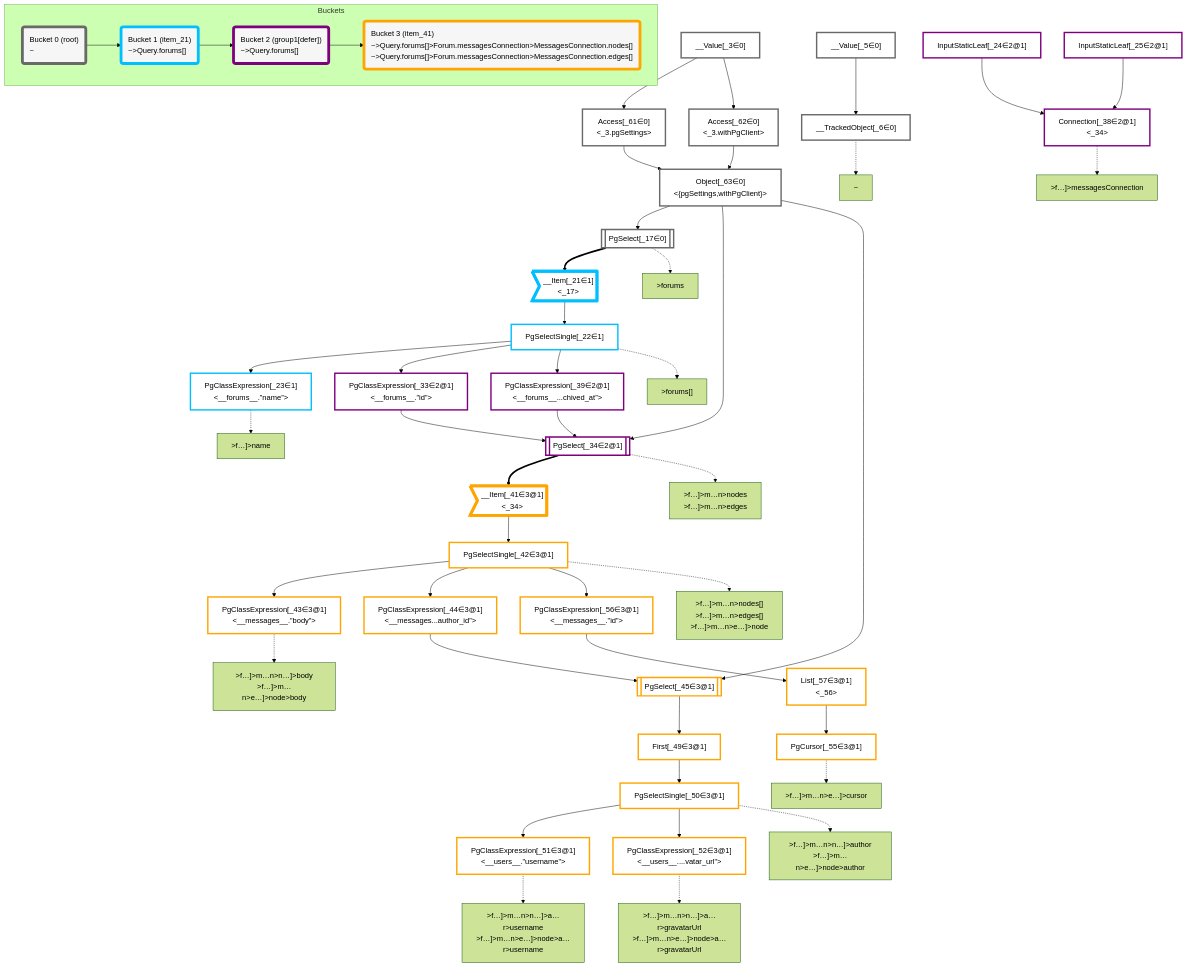
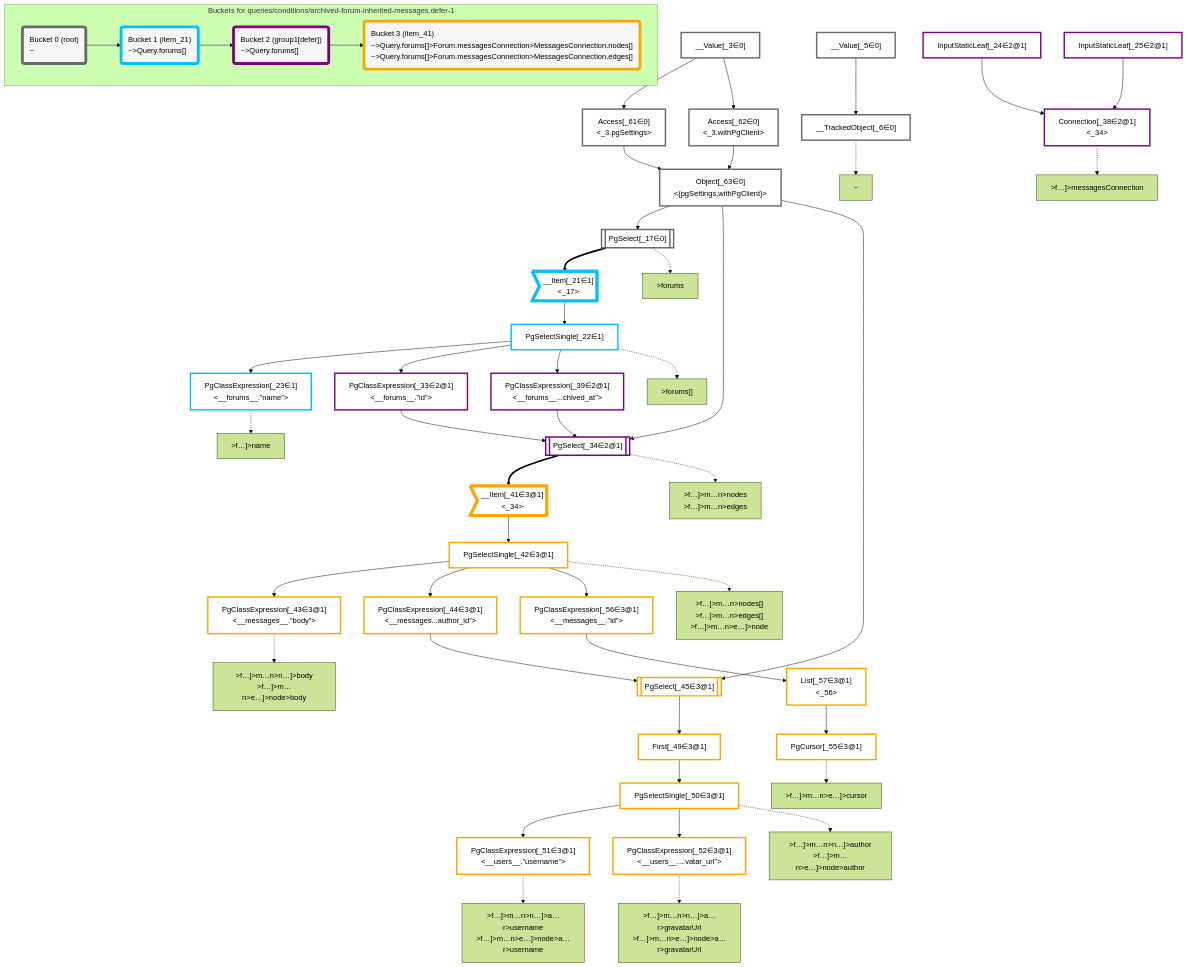
One commit to graphile/crystal changed the diagram in packages/dataplan-pg/__tests__/queries/conditions/archived-forum-inherited-messages.defer-1.deopt.mermaid.md. Above: the diagram before and after it, drawn with Mermaid (forest theme). The commit also changed 195 other files, not shown here.

```diff
--- a/packages/dataplan-pg/__tests__/queries/conditions/archived-forum-inherited-messages.defer-1.deopt.mermaid.md
+++ b/packages/dataplan-pg/__tests__/queries/conditions/archived-forum-inherited-messages.defer-1.deopt.mermaid.md
@@ -104,7 +104,7 @@
     classDef bucket3 stroke:#ffa500
     class __Item_41,PgSelectSingle_42,PgClassExpression_43,PgClassExpression_44,PgSelect_45,First_49,PgSelectSingle_50,PgClassExpression_51,PgClassExpression_52,PgCursor_55,PgClassExpression_56,List_57 bucket3
 
-    subgraph Buckets
+    subgraph "Buckets for queries/conditions/archived-forum-inherited-messages.defer-1"
     Bucket0("Bucket 0 (root)<br />~"):::bucket
     style Bucket0 stroke:#696969
     Bucket1("Bucket 1 (item_21)<br />~>Query.forums[]"):::bucket
```
